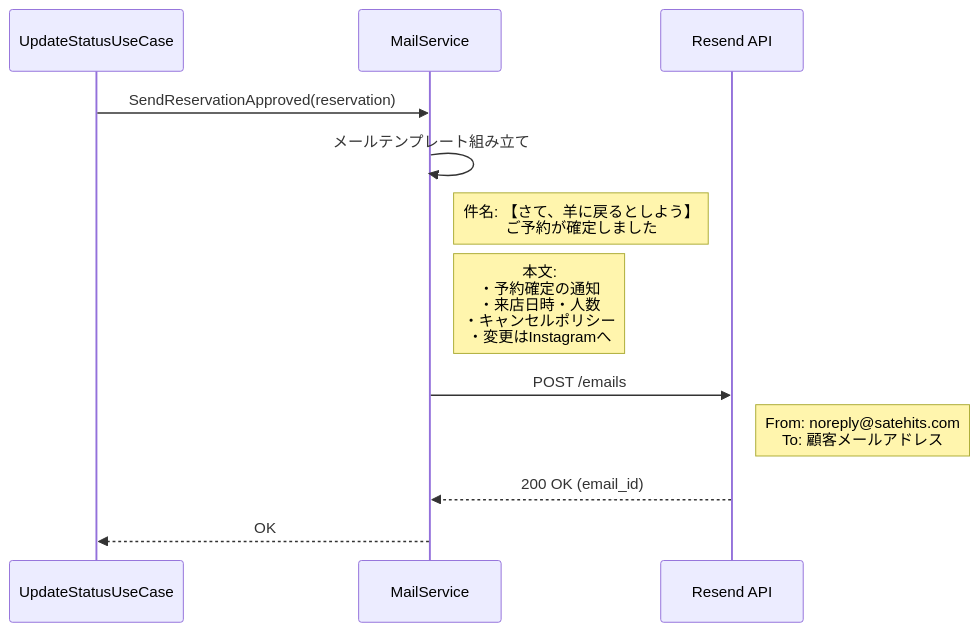
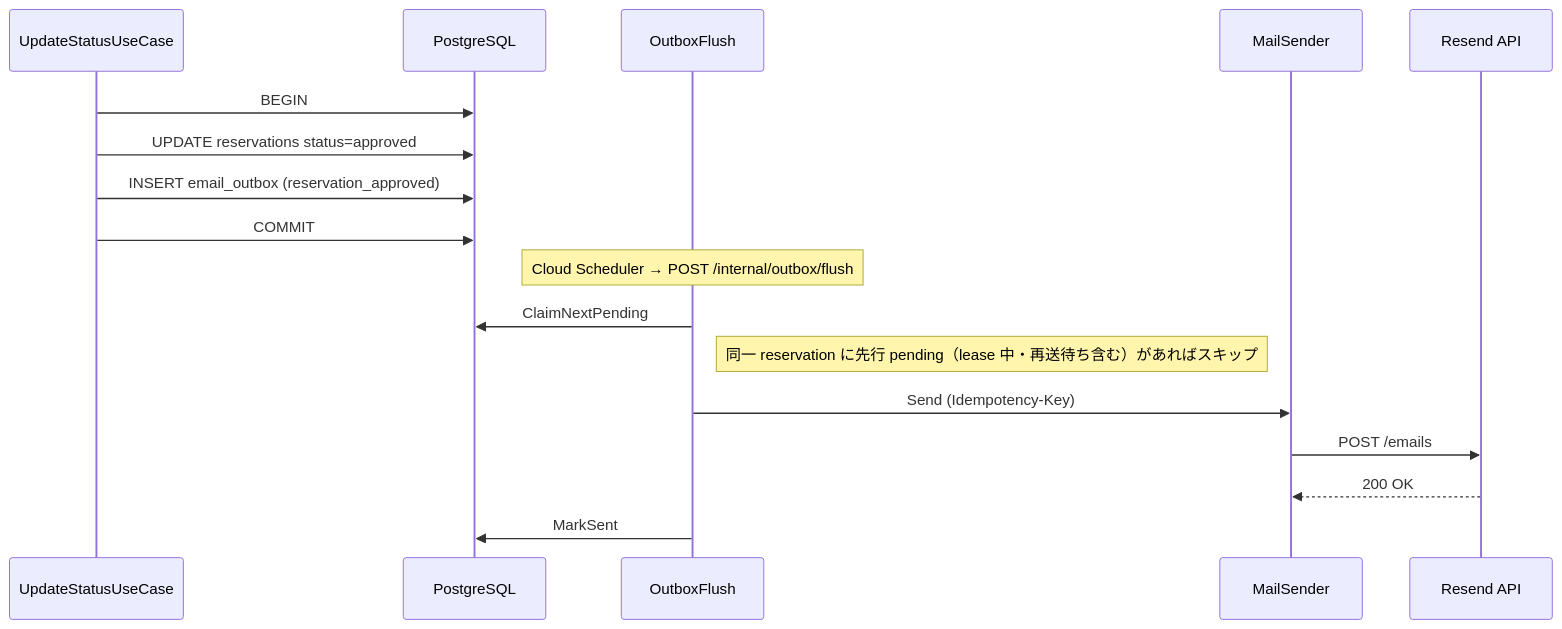
Diagram 11 of 15 in docs/sequence.md (cergijame101007/satehits), drawn with Mermaid before and after one commit. The commit also changed other lines of this file and 39 other files, not shown here.

First line of the commit message:
feat: メール送信を email_outbox に移行 (#29)

````diff
--- a/docs/sequence.md
+++ b/docs/sequence.md
@@ -409,17 +410,20 @@
 ```mermaid
 sequenceDiagram
     participant UseCase as UpdateStatusUseCase
-    participant MailService as MailService
+    participant DB as PostgreSQL
+    participant Flush as OutboxFlush
+    participant Sender as MailSender
     participant Resend as Resend API
 
-    UseCase->>MailService: SendReservationApproved(reservation)
-    
-    MailService->>MailService: メールテンプレート組み立て
-    Note right of MailService: 件名: 【さて、羊に戻るとしよう】<br>ご予約が確定しました
-    Note right of MailService: 本文:<br>・予約確定の通知<br>・来店日時・人数<br>・キャンセルポリシー<br>・変更はInstagramへ
-    
-    MailService->>Resend: POST /emails
-    Note right of Resend: From: noreply@satehits.com<br>To: 顧客メールアドレス
-    Resend-->>MailService: 200 OK (email_id)
-    MailService-->>UseCase: OK
+    UseCase->>DB: BEGIN
+    UseCase->>DB: UPDATE reservations status=approved
+    UseCase->>DB: INSERT email_outbox (reservation_approved)
+    UseCase->>DB: COMMIT
+    Note over Flush: Cloud Scheduler → POST /internal/outbox/flush
+    Flush->>DB: ClaimNextPending
+    Note right of Flush: 同一 reservation に先行 pending（lease 中・再送待ち含む）があればスキップ
+    Flush->>Sender: Send (Idempotency-Key)
+    Sender->>Resend: POST /emails
+    Resend-->>Sender: 200 OK
+    Flush->>DB: MarkSent
 ```
````
